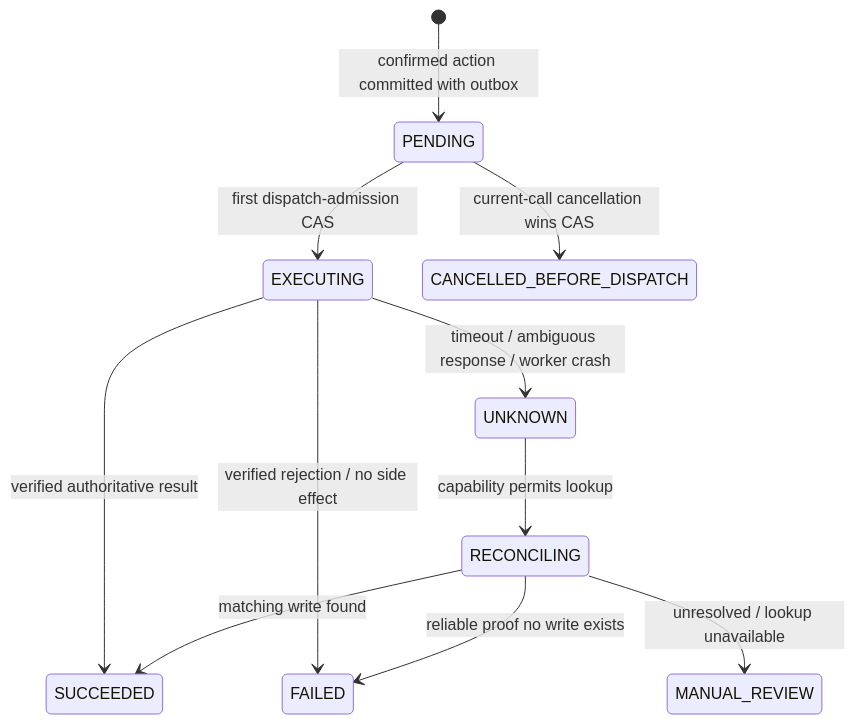
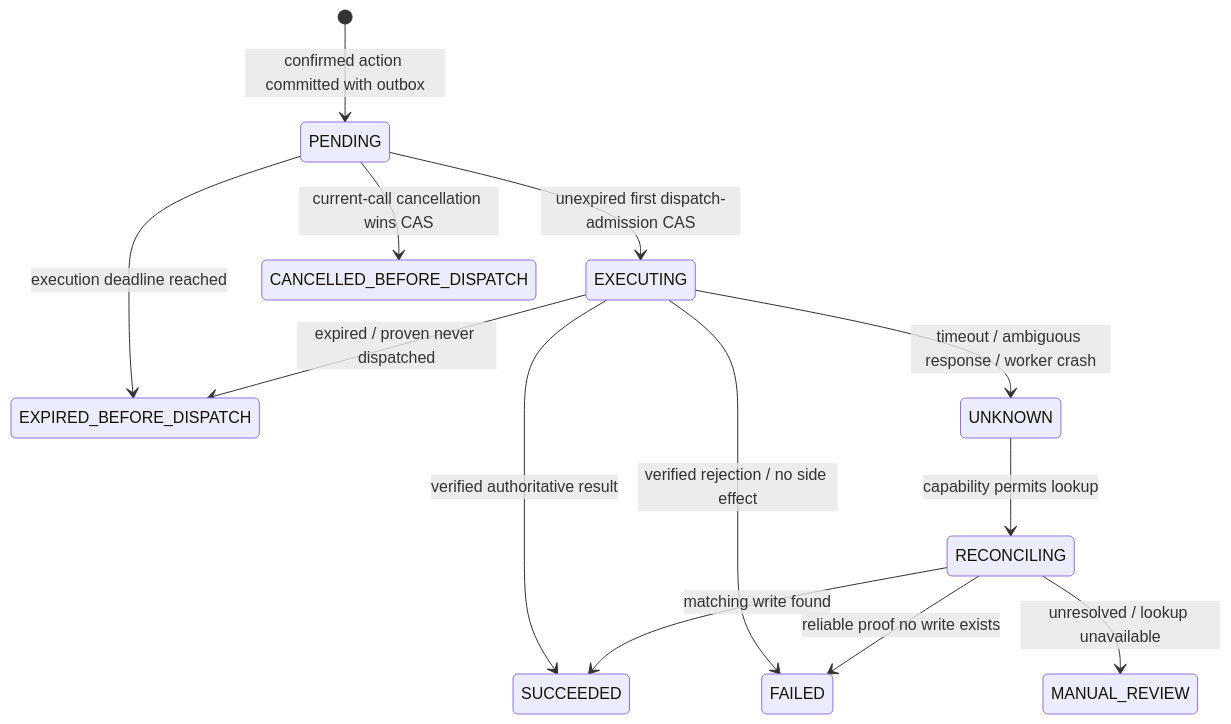
The fourth of 4 diagrams in docs/ARCHITECTURE.md (SahilWikhe/IVR_POC), drawn with Mermaid before and after one commit. The commit also changed other lines of this file and 8 other files, not shown here.

````diff
--- a/docs/ARCHITECTURE.md
+++ b/docs/ARCHITECTURE.md
@@ -198,13 +198,15 @@
 ```mermaid
 stateDiagram-v2
     [*] --> PENDING: confirmed action committed with outbox
-    PENDING --> EXECUTING: first dispatch-admission CAS
+    PENDING --> EXECUTING: unexpired first dispatch-admission CAS
+    PENDING --> EXPIRED_BEFORE_DISPATCH: execution deadline reached
     PENDING --> CANCELLED_BEFORE_DISPATCH: current-call cancellation wins CAS
+    EXECUTING --> EXPIRED_BEFORE_DISPATCH: expired / proven never dispatched
     EXECUTING --> SUCCEEDED: verified authoritative result
     EXECUTING --> FAILED: verified rejection / no side effect
     EXECUTING --> UNKNOWN: timeout / ambiguous response / worker crash
     UNKNOWN --> RECONCILING: capability permits lookup
     RECONCILING --> SUCCEEDED: matching write found
     RECONCILING --> FAILED: reliable proof no write exists
     RECONCILING --> MANUAL_REVIEW: unresolved / lookup unavailable
 ```
````
